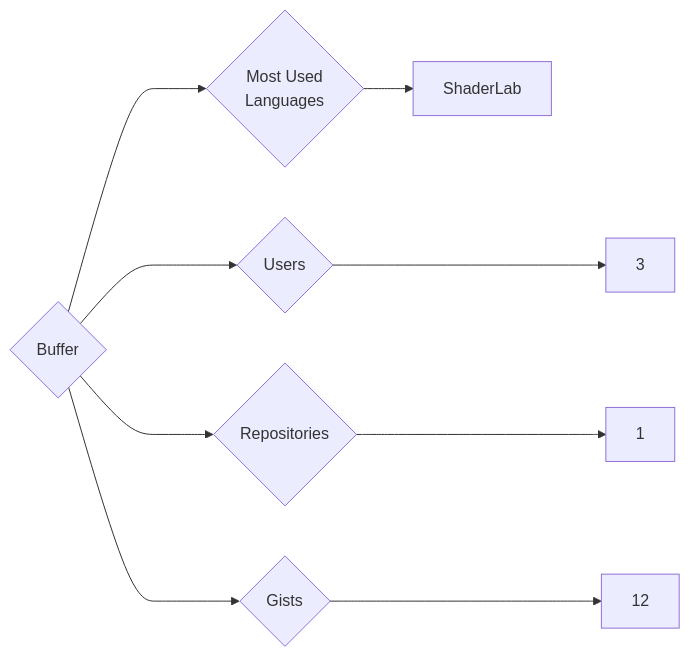
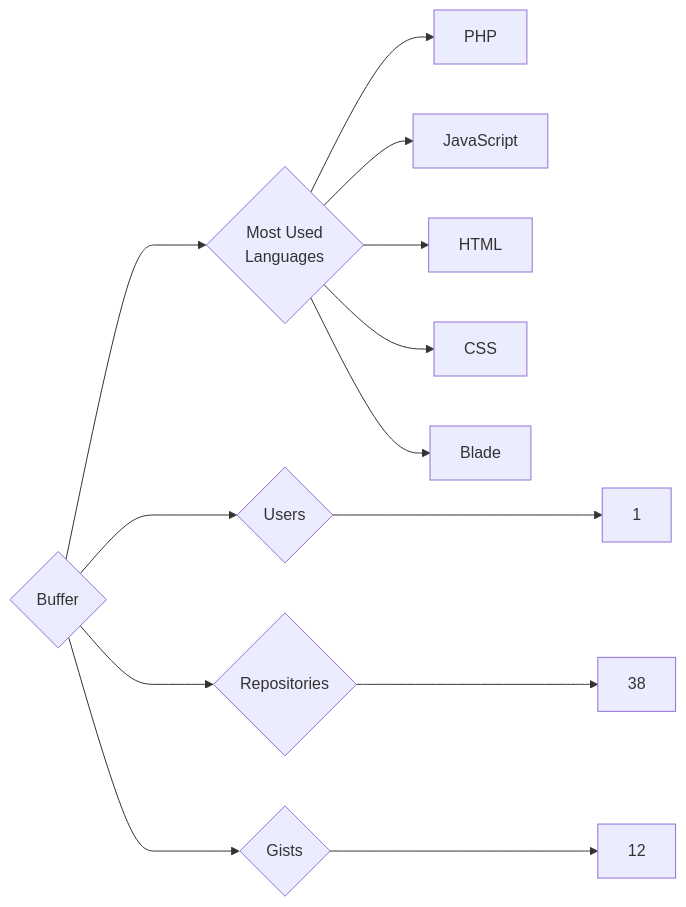
The diagram in targets/Buffer/README.md (trickest/insiders), drawn with Mermaid before and after one commit. The commit also changed 714 other files, not shown here.

````diff
--- a/targets/Buffer/README.md
+++ b/targets/Buffer/README.md
@@ -3,9 +3,13 @@
 ```mermaid
 graph LR
 COMPANY_NAME{Buffer}
-COMPANY_NAME ---> U{Users} ---> UN[3]
-COMPANY_NAME ---> R{Repositories} ---> RN[1]
+COMPANY_NAME ---> U{Users} ---> UN[1]
+COMPANY_NAME ---> R{Repositories} ---> RN[38]
 COMPANY_NAME ---> G{Gists} ---> GN[12]
 COMPANY_NAME ---> ML{Most Used<br>Languages}
-ML --> ShaderLab[ShaderLab]
+ML --> PHP[PHP]
+ML --> JavaScript[JavaScript]
+ML --> HTML[HTML]
+ML --> CSS[CSS]
+ML --> Blade[Blade]
 ```
````
